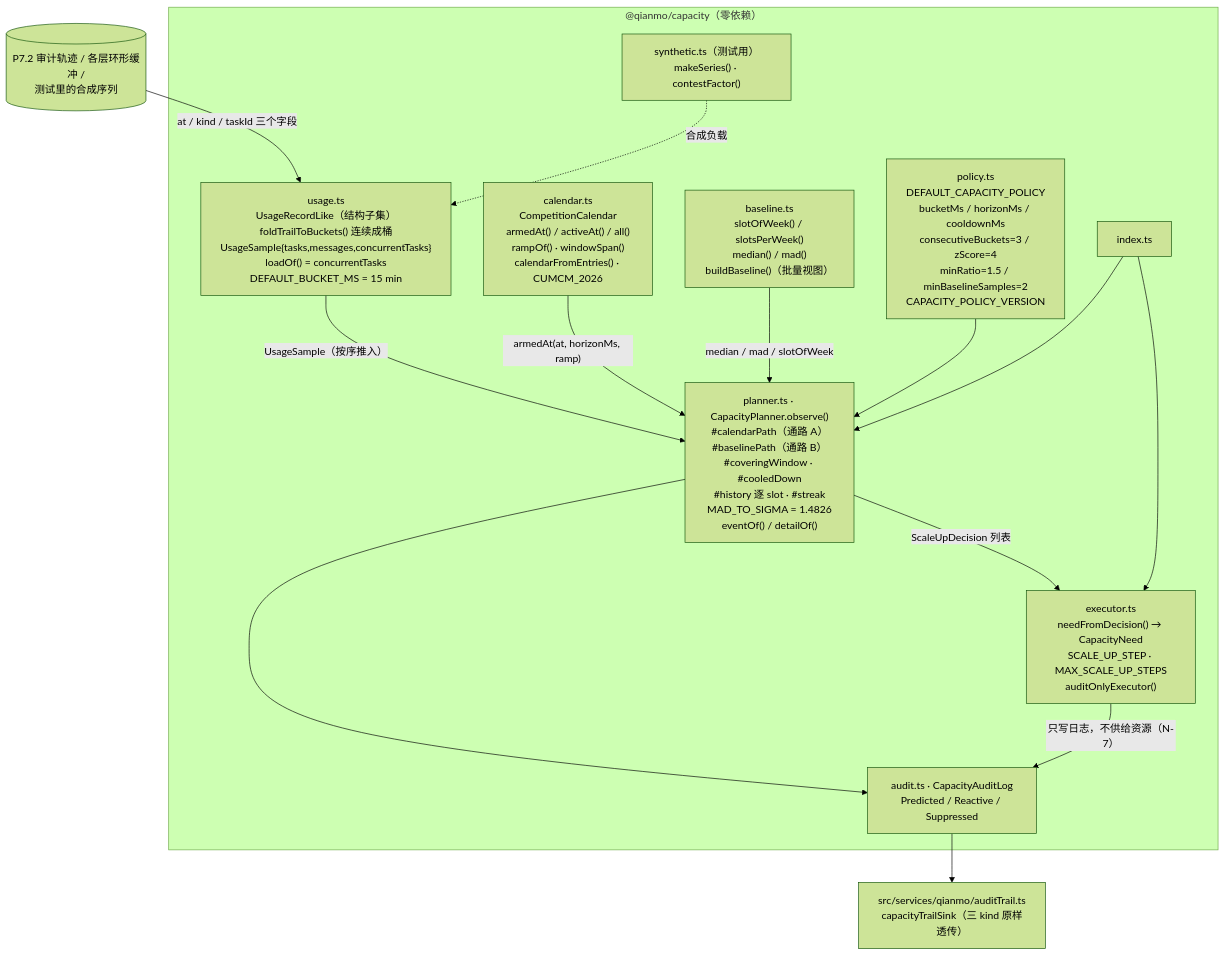
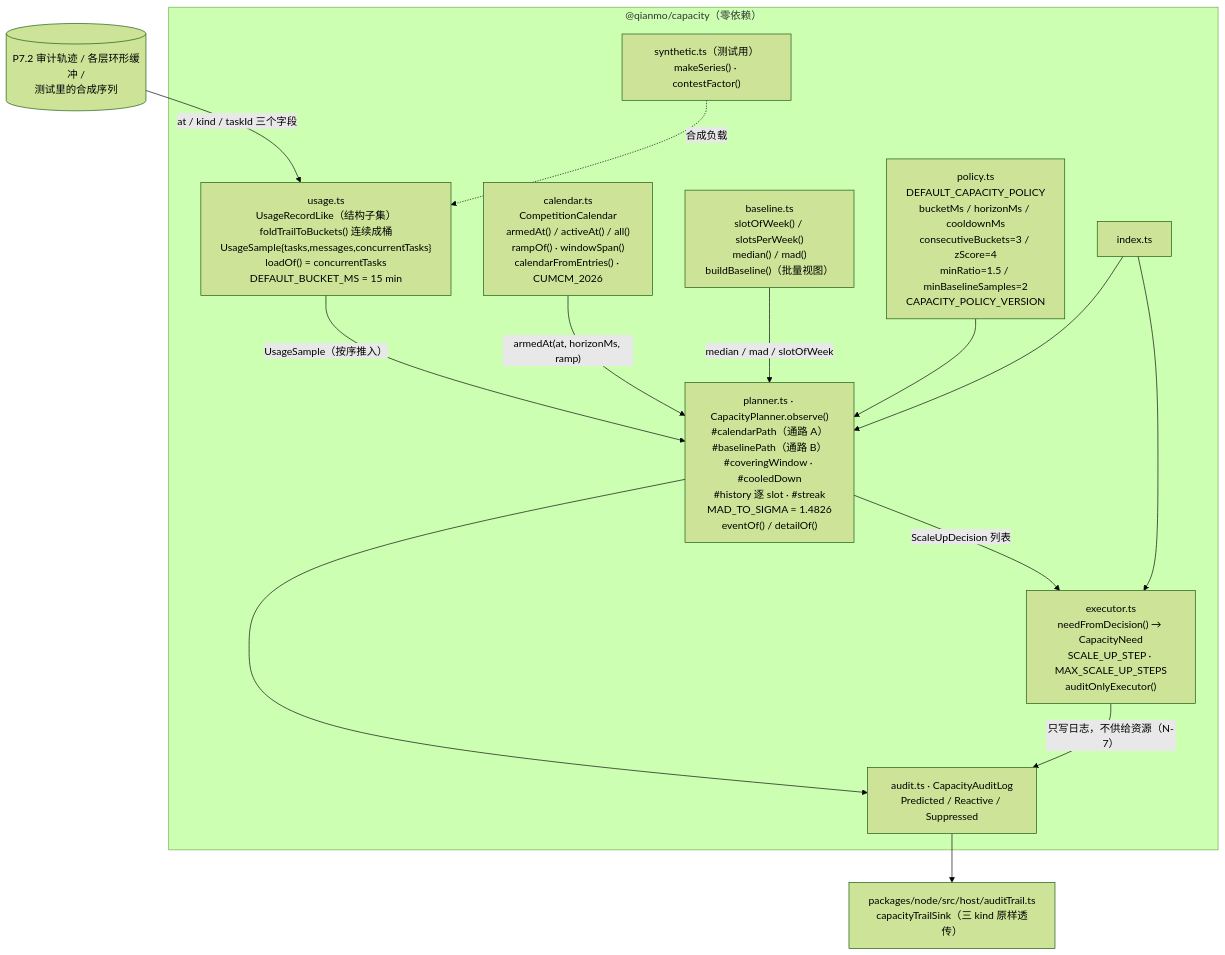
One commit to sweetcornna/atlas changed the diagram in atlas/packages/capacity/README.md. Above: the diagram before and after it, drawn with Mermaid (forest theme). The commit also changed other lines of this file and 128 other files, not shown here.

````diff
--- a/atlas/packages/capacity/README.md
+++ b/atlas/packages/capacity/README.md
@@ -20,39 +20,39 @@
 ```mermaid
 flowchart TB
   trail[("P7.2 审计轨迹 / 各层环形缓冲 /<br/>测试里的合成序列")]
 
   subgraph pkg["@qianmo/capacity（零依赖）"]
     index["index.ts"]
 
     usage["usage.ts<br/>UsageRecordLike（结构子集）<br/>foldTrailToBuckets() 连续成桶<br/>UsageSample{tasks,messages,concurrentTasks}<br/>loadOf() = concurrentTasks<br/>DEFAULT_BUCKET_MS = 15 min"]
 
     calendar["calendar.ts<br/>CompetitionCalendar<br/>armedAt() / activeAt() / all()<br/>rampOf() · windowSpan()<br/>calendarFromEntries() · CUMCM_2026"]
 
     baseline["baseline.ts<br/>slotOfWeek() / slotsPerWeek()<br/>median() / mad()<br/>buildBaseline()（批量视图）"]
 
     policy["policy.ts<br/>DEFAULT_CAPACITY_POLICY<br/>bucketMs / horizonMs / cooldownMs<br/>consecutiveBuckets=3 / zScore=4<br/>minRatio=1.5 / minBaselineSamples=2<br/>CAPACITY_POLICY_VERSION"]
 
     planner["planner.ts · CapacityPlanner.observe()<br/>#calendarPath（通路 A）<br/>#baselinePath（通路 B）<br/>#coveringWindow · #cooledDown<br/>#history 逐 slot · #streak<br/>MAD_TO_SIGMA = 1.4826<br/>eventOf() / detailOf()"]
 
     executor["executor.ts<br/>needFromDecision() → CapacityNeed<br/>SCALE_UP_STEP · MAX_SCALE_UP_STEPS<br/>auditOnlyExecutor()"]
 
     audit["audit.ts · CapacityAuditLog<br/>Predicted / Reactive / Suppressed"]
 
     synthetic["synthetic.ts（测试用）<br/>makeSeries() · contestFactor()"]
   end
 
-  sink["src/services/qianmo/auditTrail.ts<br/>capacityTrailSink（三 kind 原样透传）"]
+  sink["packages/node/src/host/auditTrail.ts<br/>capacityTrailSink（三 kind 原样透传）"]
 
   trail -->|"at / kind / taskId 三个字段"| usage
   usage -->|"UsageSample（按序推入）"| planner
   calendar -->|"armedAt(at, horizonMs, ramp)"| planner
   baseline -->|"median / mad / slotOfWeek"| planner
   policy --> planner
   planner --> audit
   planner -->|"ScaleUpDecision 列表"| executor
   executor -->|"只写日志，不供给资源（N-7）"| audit
   audit --> sink
   synthetic -.->|"合成负载"| usage
   index --> planner
   index --> executor
 ```
````
